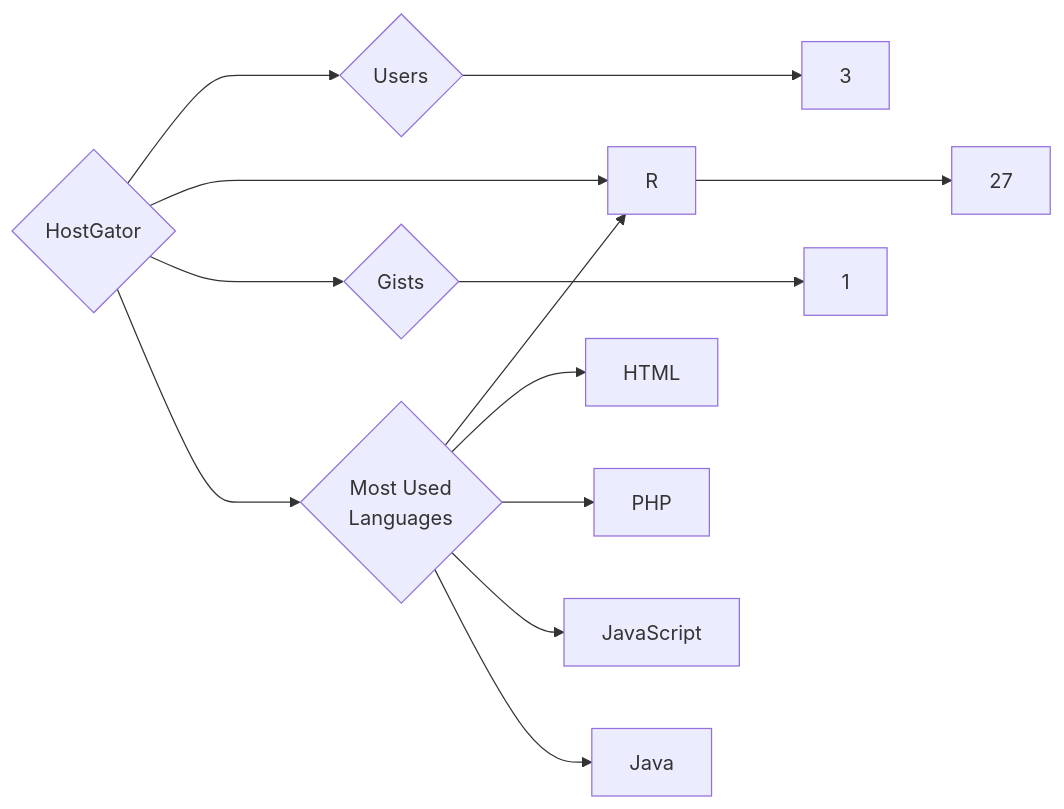
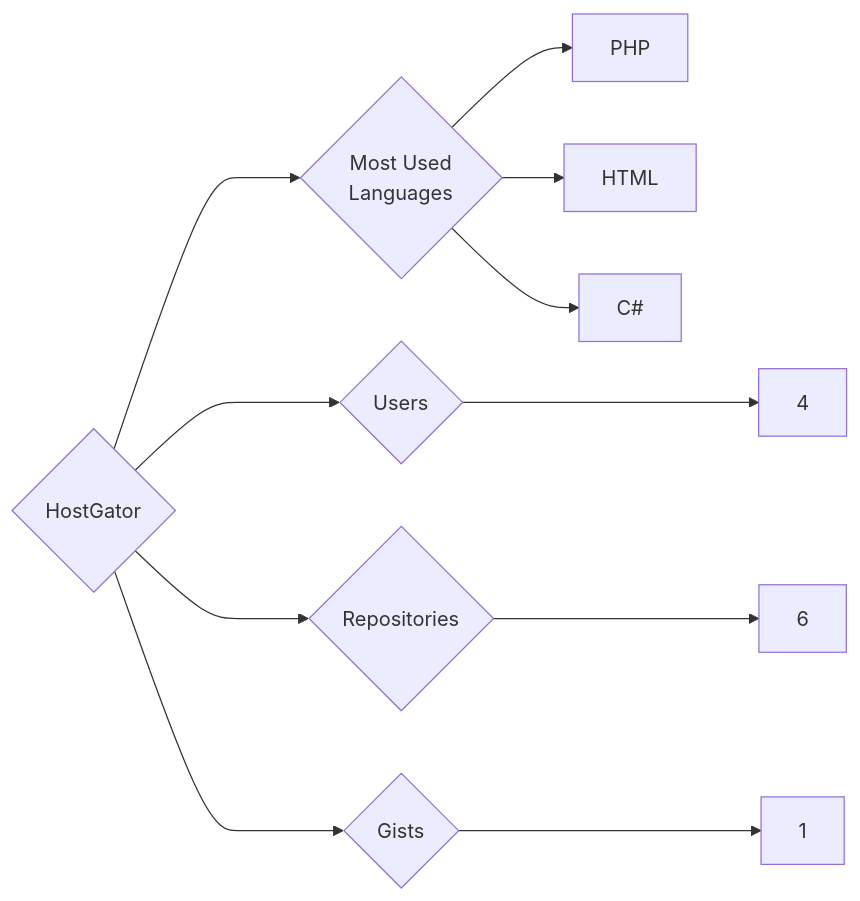
One commit to trickest/insiders changed the diagram in targets/HostGator/README.md. Above: the diagram before and after it, drawn with Mermaid. The commit also changed 724 other files, not shown here.

````diff
--- a/targets/HostGator/README.md
+++ b/targets/HostGator/README.md
@@ -3,13 +3,11 @@
 ```mermaid
 graph LR
 COMPANY_NAME{HostGator}
-COMPANY_NAME ---> U{Users} ---> UN[3]
-COMPANY_NAME ---> R{Repositories} ---> RN[27]
+COMPANY_NAME ---> U{Users} ---> UN[4]
+COMPANY_NAME ---> R{Repositories} ---> RN[6]
 COMPANY_NAME ---> G{Gists} ---> GN[1]
 COMPANY_NAME ---> ML{Most Used<br>Languages}
-ML --> R[R]
+ML --> PHP[PHP]
 ML --> HTML[HTML]
-ML --> PHP[PHP]
-ML --> JavaScript[JavaScript]
-ML --> Java[Java]
+ML --> C#[C#]
 ```
````
